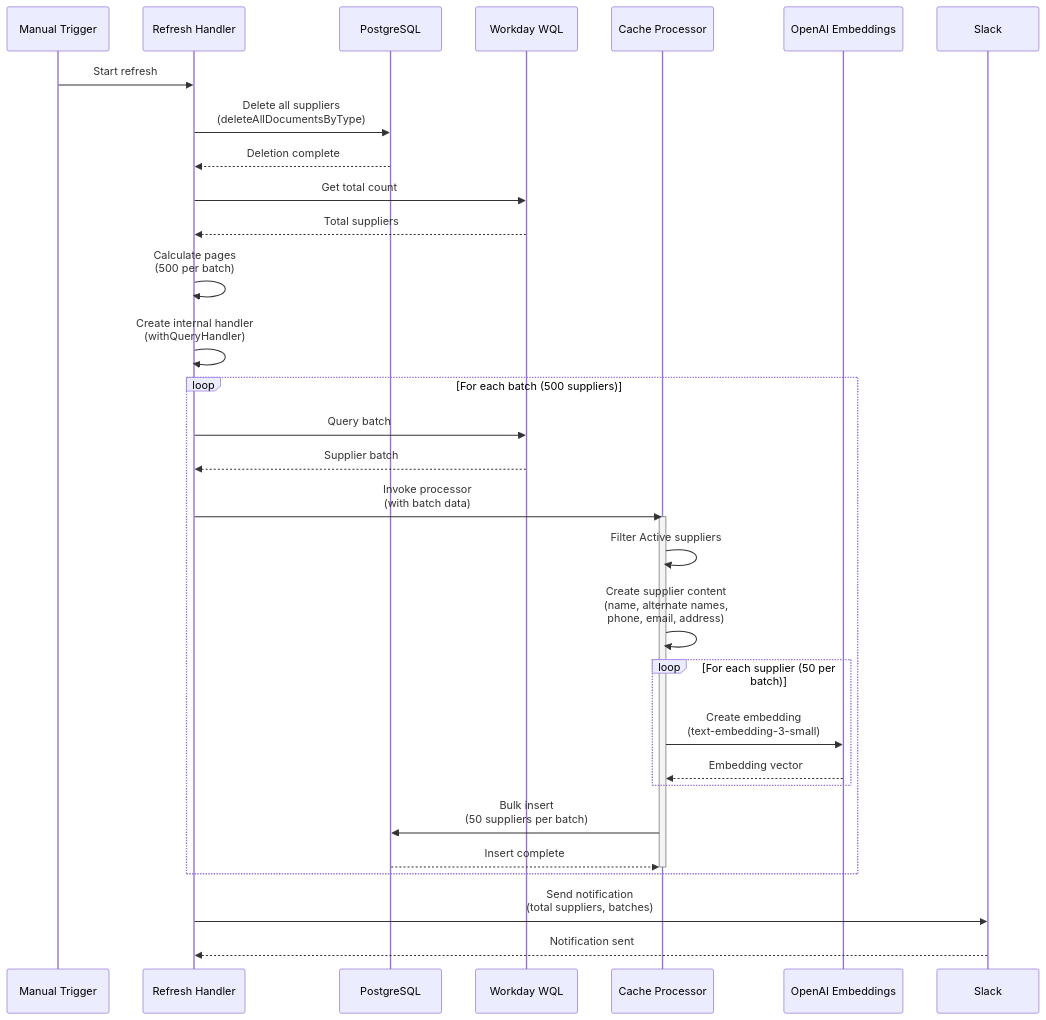
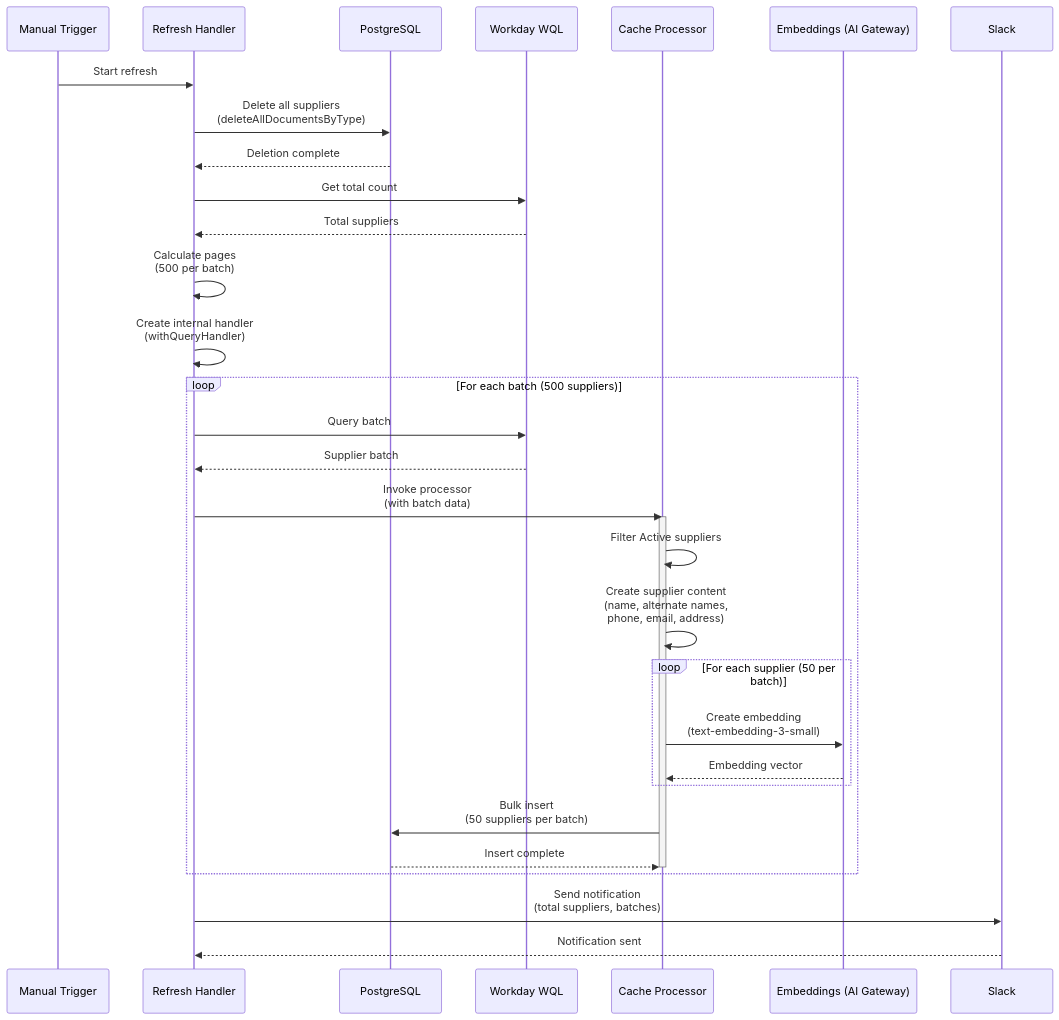
The sixth of 7 diagrams in README.md (pgahq/finance-agent), drawn with Mermaid before and after one commit. The commit also changed other lines of this file and 14 other files, not shown here.

First line of the commit message:
Route all model and embedding traffic through the Vercel AI Gateway (#213)

````diff
--- a/README.md
+++ b/README.md
@@ -491,41 +491,41 @@
 ```mermaid
 sequenceDiagram
     participant Trigger as Manual Trigger
     participant RefreshHandler as Refresh Handler
     participant DB as PostgreSQL
     participant WorkdayWQL as Workday WQL
     participant CacheProcessor as Cache Processor
-    participant OpenAI as OpenAI Embeddings
+    participant Embed as Embeddings (AI Gateway)
     participant Slack
 
     Trigger->>RefreshHandler: Start refresh
     RefreshHandler->>DB: Delete all suppliers<br/>(deleteAllDocumentsByType)
     DB-->>RefreshHandler: Deletion complete
 
     RefreshHandler->>WorkdayWQL: Get total count
     WorkdayWQL-->>RefreshHandler: Total suppliers
     RefreshHandler->>RefreshHandler: Calculate pages<br/>(500 per batch)
     RefreshHandler->>RefreshHandler: Create internal handler<br/>(withQueryHandler)
 
     loop For each batch (500 suppliers)
         RefreshHandler->>WorkdayWQL: Query batch
         WorkdayWQL-->>RefreshHandler: Supplier batch
         RefreshHandler->>CacheProcessor: Invoke processor<br/>(with batch data)
 
         activate CacheProcessor
         CacheProcessor->>CacheProcessor: Filter Active suppliers
         CacheProcessor->>CacheProcessor: Create supplier content<br/>(name, alternate names,<br/>phone, email, address)
 
         loop For each supplier (50 per batch)
-            CacheProcessor->>OpenAI: Create embedding<br/>(text-embedding-3-small)
-            OpenAI-->>CacheProcessor: Embedding vector
+            CacheProcessor->>Embed: Create embedding<br/>(text-embedding-3-small)
+            Embed-->>CacheProcessor: Embedding vector
         end
 
         CacheProcessor->>DB: Bulk insert<br/>(50 suppliers per batch)
         DB-->>CacheProcessor: Insert complete
         deactivate CacheProcessor
     end
 
     RefreshHandler->>Slack: Send notification<br/>(total suppliers, batches)
     Slack-->>RefreshHandler: Notification sent
 ```
````
